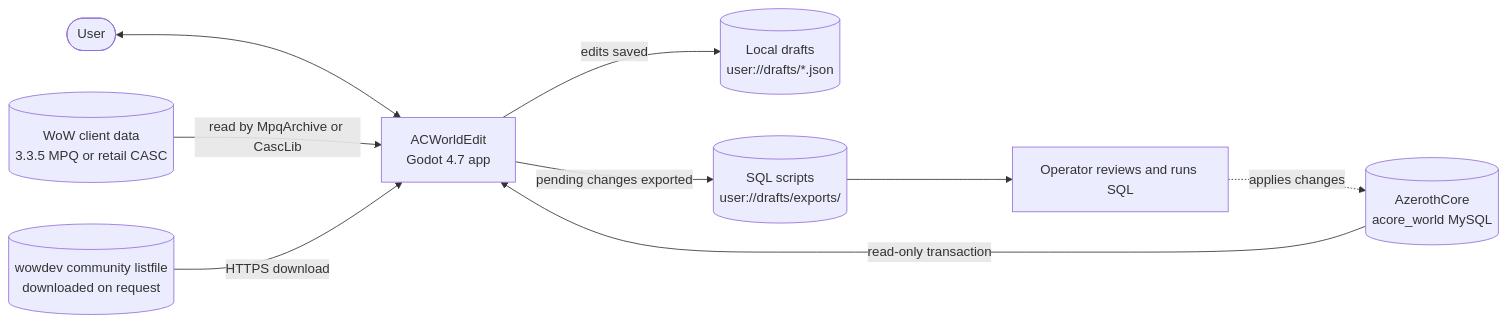
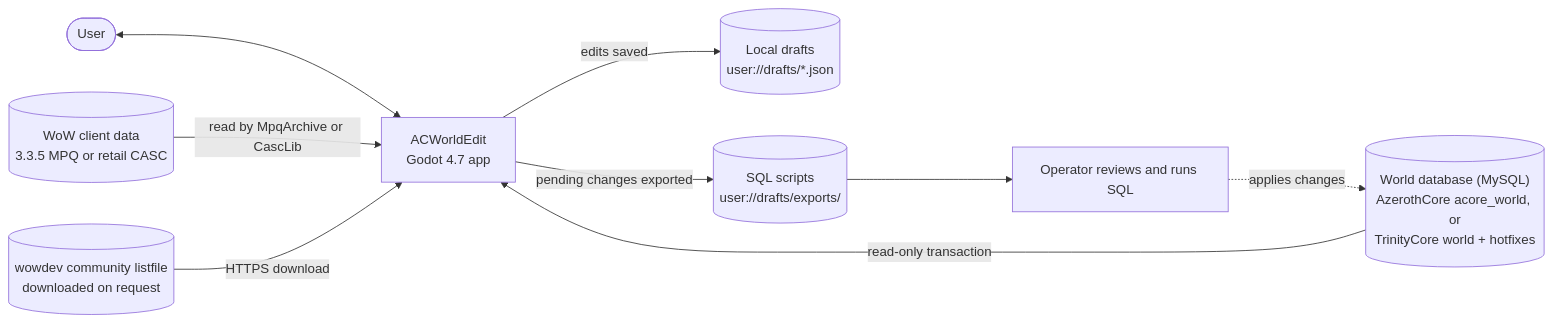
The first of 2 diagrams in docs/ARCHITECTURE.md (glitterfartz/ac-world-edit), drawn with Mermaid before and after one commit. The commit also changed other lines of this file and 6 other files, not shown here.

````diff
--- a/docs/ARCHITECTURE.md
+++ b/docs/ARCHITECTURE.md
@@ -16,20 +16,20 @@
 ```mermaid
 flowchart LR
     user(["User"])
     app["ACWorldEdit<br/>Godot 4.7 app"]
     client[("WoW client data<br/>3.3.5 MPQ or retail CASC")]
-    db[("AzerothCore<br/>acore_world MySQL")]
+    db[("World database (MySQL)<br/>AzerothCore acore_world, or<br/>TrinityCore world + hotfixes")]
     listfile[("wowdev community listfile<br/>downloaded on request")]
     drafts[("Local drafts<br/>user://drafts/*.json")]
     sql[("SQL scripts<br/>user://drafts/exports/")]
     dba["Operator reviews and runs SQL"]
 
     user <--> app
     client -->|read by MpqArchive or CascLib| app
     db -->|read-only transaction| app
     listfile -->|HTTPS download| app
     app -->|edits saved| drafts
     app -->|pending changes exported| sql
     sql --> dba
     dba -.->|applies changes| db
 ```
````
